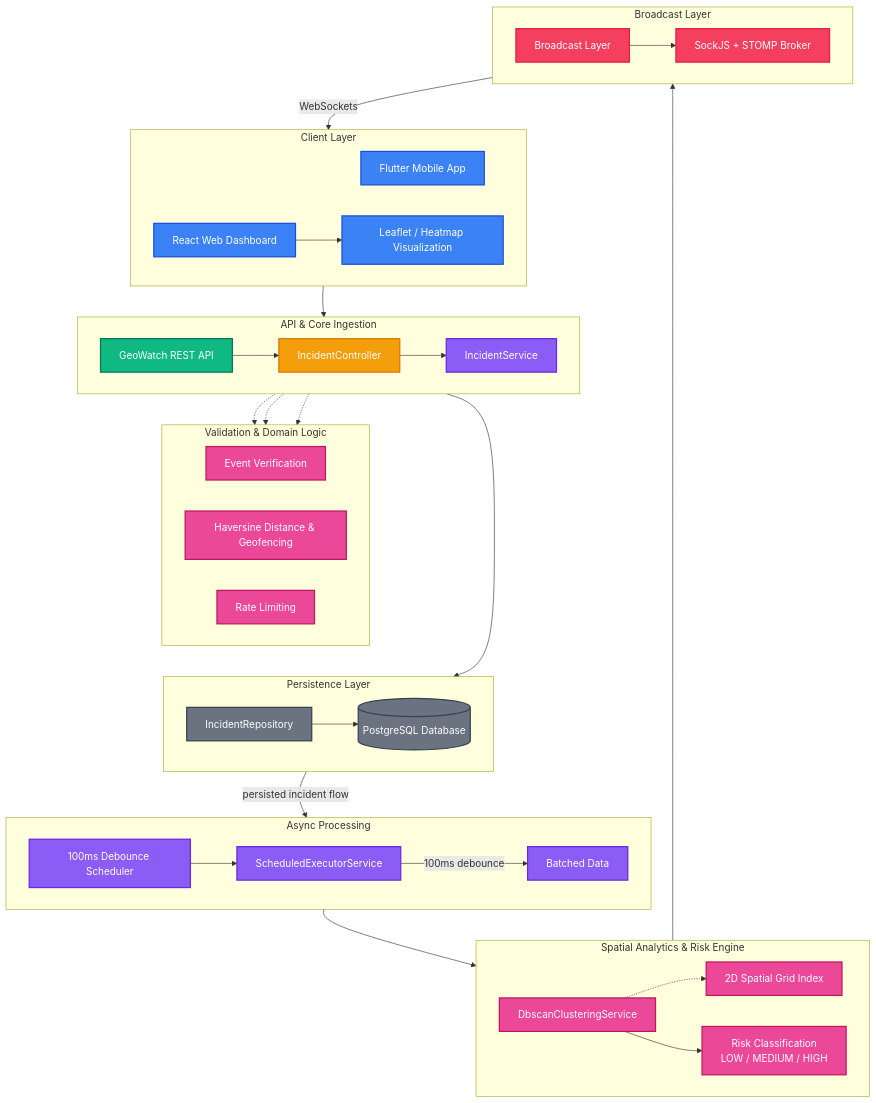
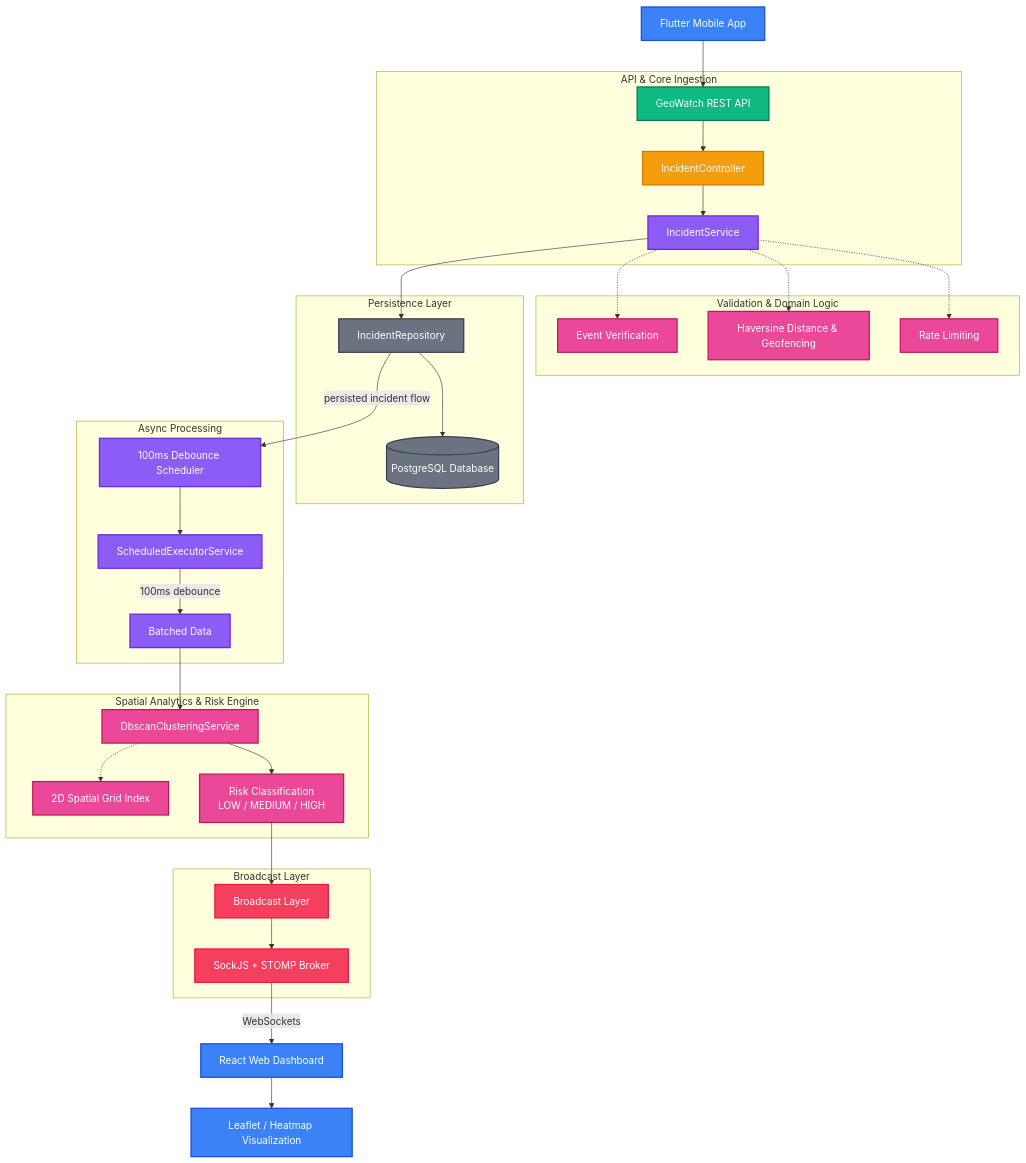
The diagram in docs/ARCHITECTURE.md (SujalPatil21/Geo-Watch), drawn with Mermaid before and after one commit.

Commit message:
Flatten Mermaid diagram in ARCHITECTURE.md to a clean, linear top-to-bottom flow

```diff
--- a/docs/ARCHITECTURE.md
+++ b/docs/ARCHITECTURE.md
@@ -68,60 +68,44 @@
     classDef db fill:#6b7280,stroke:#374151,color:#fff,stroke-width:2px;
     classDef broker fill:#f43f5e,stroke:#e11d48,color:#fff,stroke-width:2px;
 
-    subgraph ClientLayer [Client Layer]
-        direction LR
-        Mobile["Flutter Mobile App"]:::client
-        ReactDash["React Web Dashboard"]:::client
-        Leaflet["Leaflet / Heatmap Visualization"]:::client
-    end
+    Mobile["Flutter Mobile App"]:::client
 
     subgraph IngestionLayer [API & Core Ingestion]
-        direction LR
         REST["GeoWatch REST API"]:::api
         Ctrl["IncidentController"]:::controller
         Svc["IncidentService"]:::service
     end
 
     subgraph ValidationLayer [Validation & Domain Logic]
-        direction LR
         EvtVer["Event Verification"]:::logic
         Geofence["Haversine Distance & Geofencing"]:::logic
         RateLim["Rate Limiting"]:::logic
     end
 
     subgraph PersistenceLayer [Persistence Layer]
-        direction LR
         Repo["IncidentRepository"]:::db
         Postgres[("PostgreSQL Database")]:::db
     end
 
     subgraph AsyncLayer [Async Processing]
-        direction LR
         Scheduler["100ms Debounce Scheduler"]:::service
         Exec["ScheduledExecutorService"]:::service
         Batch["Batched Data"]:::service
     end
 
     subgraph SpatialLayer [Spatial Analytics & Risk Engine]
-        direction LR
         DBSCAN["DbscanClusteringService"]:::logic
         Grid["2D Spatial Grid Index"]:::logic
         Risk["Risk Classification<br/>LOW / MEDIUM / HIGH"]:::logic
     end
 
     subgraph BroadcastLayer [Broadcast Layer]
-        direction LR
         Broadcast["Broadcast Layer"]:::broker
         SockJS["SockJS + STOMP Broker"]:::broker
     end
 
-    %% Layout rank hints to keep subgraphs in top-to-bottom sequence (invisible links)
-    ClientLayer ~~~ IngestionLayer
-    IngestionLayer ~~~ ValidationLayer
-    ValidationLayer ~~~ PersistenceLayer
-    PersistenceLayer ~~~ AsyncLayer
-    AsyncLayer ~~~ SpatialLayer
-    SpatialLayer ~~~ BroadcastLayer
+    ReactDash["React Web Dashboard"]:::client
+    Leaflet["Leaflet / Heatmap Visualization"]:::client
 
     %% Ingestion flow
     Mobile --> REST
```
